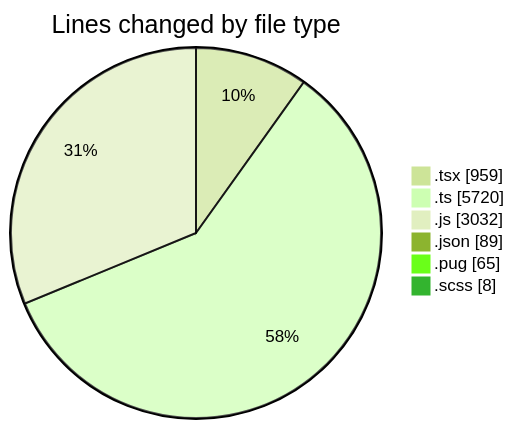
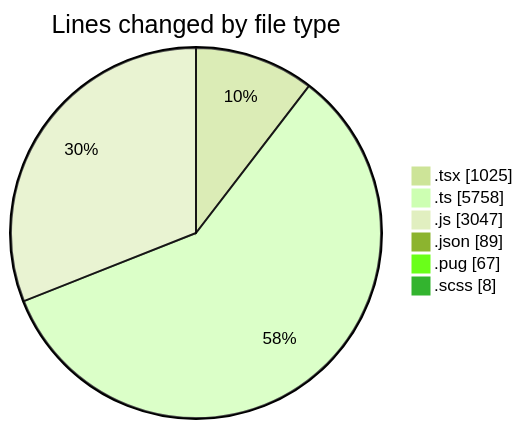
One commit to momahboobian/code-tracking changed the first of 2 diagrams in 2025-03-24/cda/README.md. Above: the diagram before and after it, drawn with Mermaid (forest theme). The commit also changed other lines of this file and 1 other file, not shown here.

````diff
--- a/2025-03-24/cda/README.md
+++ b/2025-03-24/cda/README.md
@@ -41,10 +41,10 @@
 ```mermaid
 pie showData
 title Lines changed by file type
-".tsx" : 959
-".ts" : 5720
-".js" : 3032
+".tsx" : 1025
+".ts" : 5758
+".js" : 3047
 ".json" : 89
-".pug" : 65
+".pug" : 67
 ".scss" : 8
 ```
````
